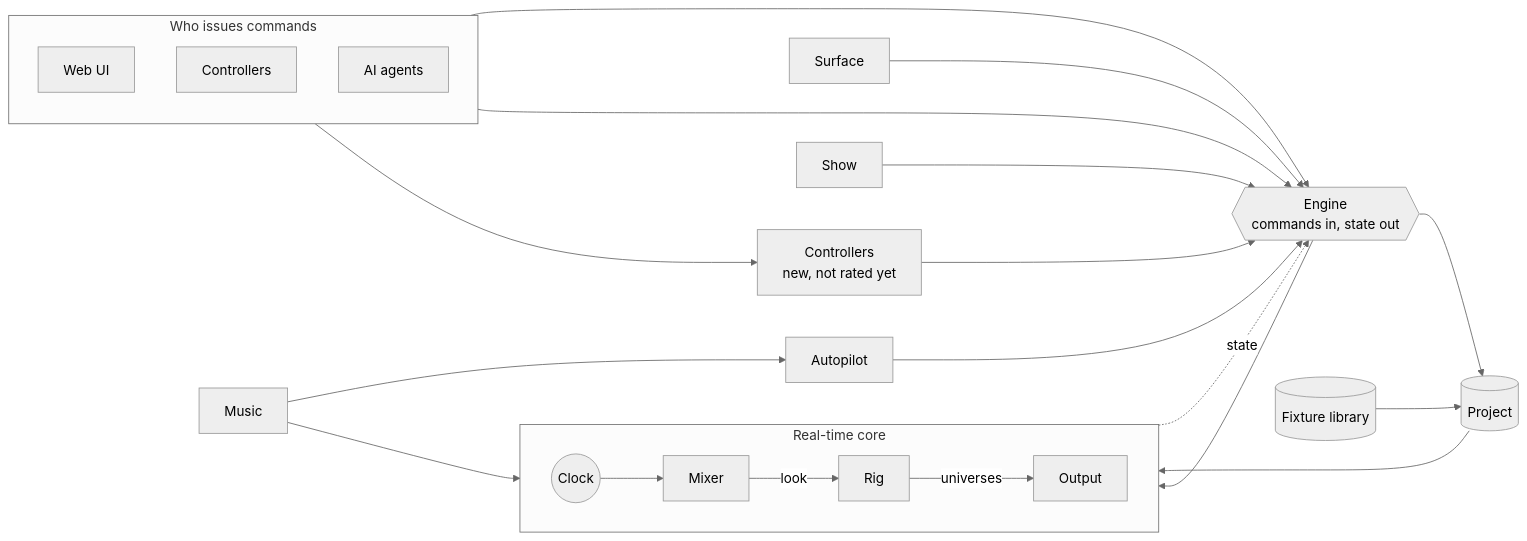
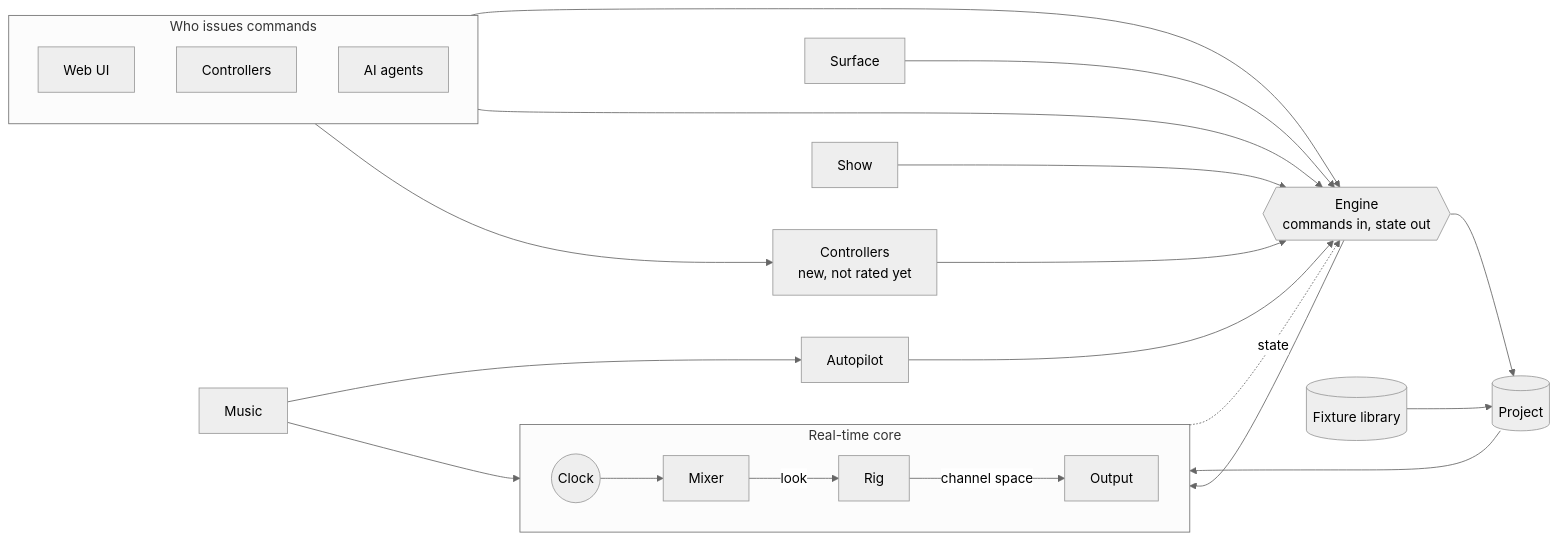
Before and after one commit to abossard/bossylights: the first of 5 diagrams in docs/design/modules.md, drawn with Mermaid (neutral theme). The commit also changed other lines of this file and 11 other files, not shown here.

````diff
--- a/docs/design/modules.md
+++ b/docs/design/modules.md
@@ -25,42 +25,42 @@
 ```mermaid
 flowchart LR
   subgraph writers["Who issues commands"]
     direction TB
     UI["Web UI"]
     HW["Controllers"]
     AG["AI agents"]
   end
 
   SURF["Surface"]
   CTRL["Controllers<br/>new, not rated yet"]
   DOOR{{"Engine<br/>commands in, state out"}}
   SHOW["Show"]
   AUTO["Autopilot"]
   MUSIC["Music"]
   PROJ[("Project")]
   LIB[("Fixture library")]
 
   subgraph rt["Real-time core"]
     direction LR
     CLOCK(("Clock"))
     MIX["Mixer"]
     RIG["Rig"]
     OUT["Output"]
   end
 
   UI --> DOOR
   AG --> DOOR
   HW --> CTRL --> DOOR
   SURF --> DOOR
   SHOW --> DOOR
   AUTO --> DOOR
   MUSIC --> AUTO
   MUSIC --> CLOCK
   DOOR --> MIX
   DOOR --> PROJ
   LIB --> PROJ
   PROJ --> MIX
   CLOCK --> MIX
-  MIX -- "look" --> RIG -- "universes" --> OUT
+  MIX -- "look" --> RIG -- "channel space" --> OUT
   MIX -. "state" .-> DOOR
 ```
````
